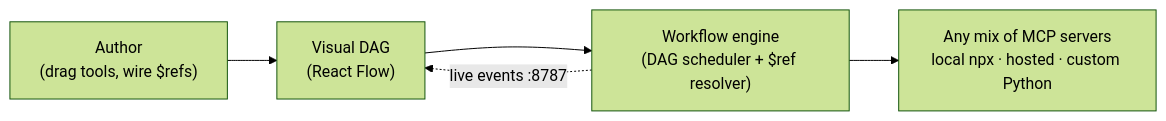
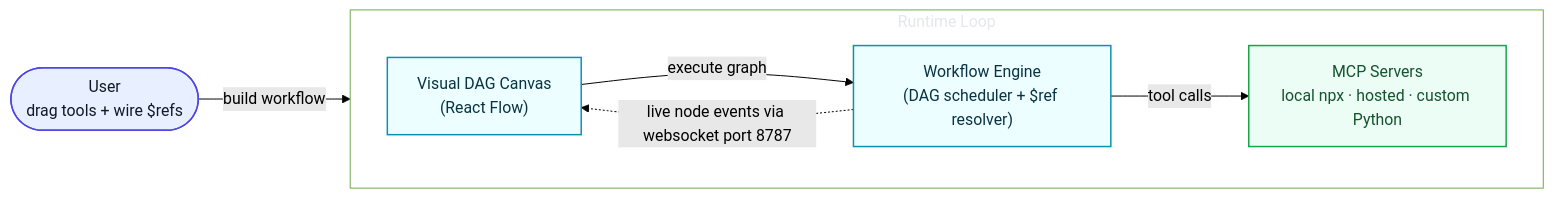
One commit to hardikcode-creator/MCP-Playground changed the diagram in docs/intro.mdx. Above: the diagram before and after it, drawn with Mermaid (forest theme). The commit also changed other lines of this file and 2 other files, not shown here.

````diff
--- a/docs/intro.mdx
+++ b/docs/intro.mdx
@@ -67,7 +44,29 @@
 ```mermaid
 flowchart LR
-  author["Author<br/>(drag tools, wire $refs)"] --> canvas["Visual DAG<br/>(React Flow)"]
-  canvas --> engine["Workflow engine<br/>(DAG scheduler + $ref resolver)"]
-  engine --> servers["Any mix of MCP servers<br/>local npx · hosted · custom Python"]
-  engine -. "live events :8787" .-> canvas
+  author(["User<br/>drag tools + wire $refs"])
+  canvas["Visual DAG Canvas<br/>(React Flow)"]
+  engine["Workflow Engine<br/>(DAG scheduler + $ref resolver)"]
+  servers["MCP Servers<br/>local npx · hosted · custom Python"]
+
+  author -->|build workflow| canvas
+  canvas -->|execute graph| engine
+  engine -->|tool calls| servers
+  engine -.->|live node events via websocket port 8787| canvas
+
+  subgraph runtime["Runtime Loop"]
+    direction LR
+    canvas
+    engine
+    servers
+  end
+
+  classDef user fill:#e8f0ff,stroke:#4f46e5,stroke-width:1.5px,color:#111827;
+  classDef core fill:#ecfeff,stroke:#0891b2,stroke-width:1.5px,color:#083344;
+  classDef infra fill:#ecfdf5,stroke:#16a34a,stroke-width:1.5px,color:#14532d;
+  classDef group fill:none,color:#e5e7eb;
+
+  class author user;
+  class canvas,engine core;
+  class servers infra;
+  class runtime group;
 ```
````
